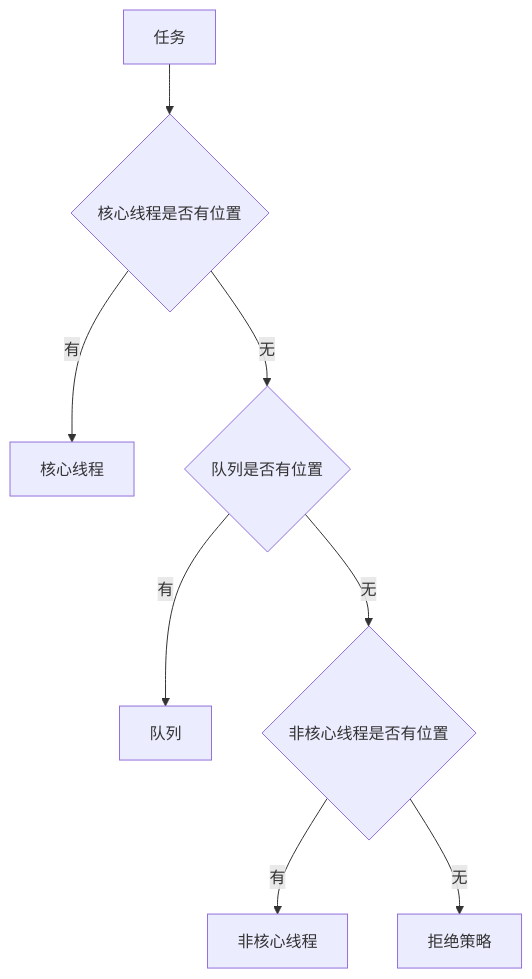
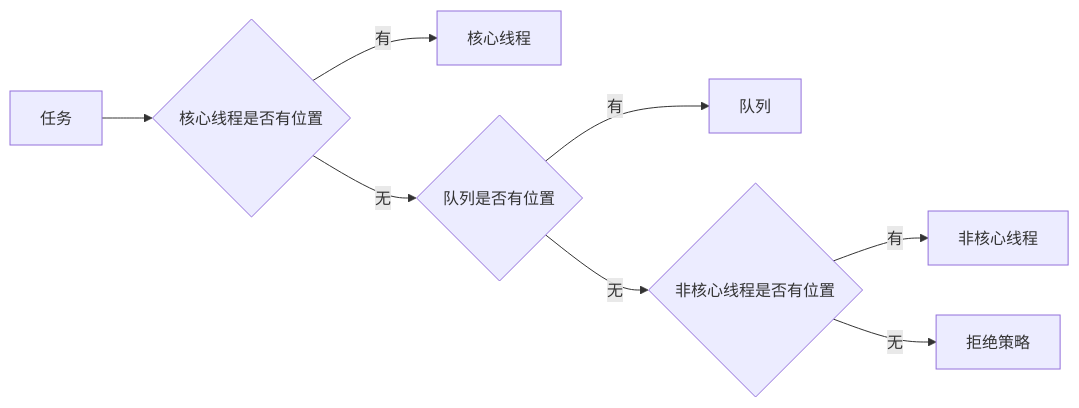
The diagram in java/多线程/ThreadPoolExecutor相关.md (xiaospace1028/markdown), drawn with Mermaid before and after one commit. The commit also changed other lines of this file, not shown here.

````diff
--- a/java/多线程/ThreadPoolExecutor相关.md
+++ b/java/多线程/ThreadPoolExecutor相关.md
@@ -93,10 +93,10 @@
 ```mermaid
-graph TD
+graph LR
 Task[任务] --> core_place{核心线程是否有位置}
 core_place -->|有| core[核心线程]
 core_place -->|无| queue_place{队列是否有位置}
 queue_place --> |有| queue[队列]
 queue_place --> |无| non_core_place{非核心线程是否有位置}
 non_core_place --> |有| non_core[非核心线程]
 non_core_place --> |无| policy[拒绝策略]
 ```
````
